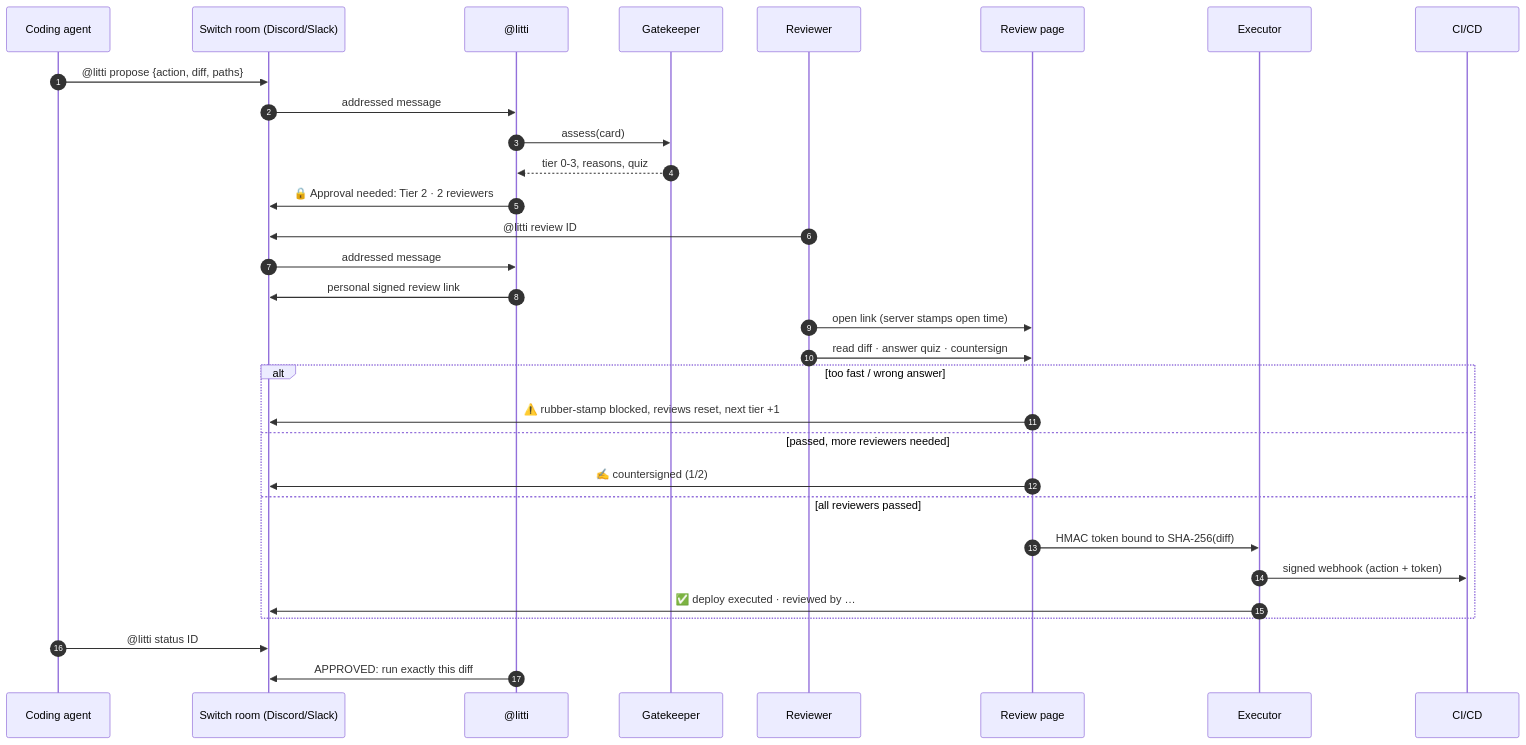
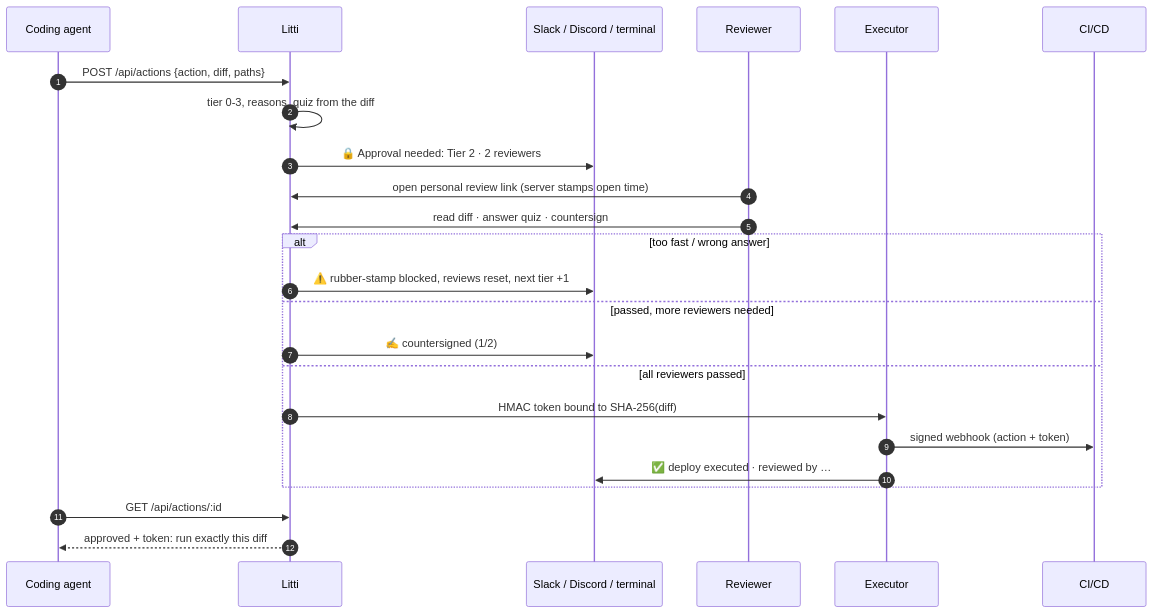
One commit to Abhishek764/litti changed the diagram in README.md. Above: the diagram before and after it, drawn with Mermaid. The commit also changed other lines of this file and 31 other files, not shown here.

Commit message:
litti: go standalone — remove Switch, add notifiers, CLI, review inbox and admin-gated review links

````diff
--- a/README.md
+++ b/README.md
@@ -50,34 +25,27 @@
 ```mermaid
 sequenceDiagram
     autonumber
     participant A as Coding agent
-    participant S as Switch room (Discord/Slack)
-    participant L as @litti
-    participant G as Gatekeeper
+    participant L as Litti
+    participant N as Slack / Discord / terminal
     participant R as Reviewer
-    participant P as Review page
     participant X as Executor
     participant C as CI/CD
 
-    A->>S: @litti propose {action, diff, paths}
-    S->>L: addressed message
-    L->>G: assess(card)
-    G-->>L: tier 0-3, reasons, quiz
-    L->>S: 🔒 Approval needed: Tier 2 · 2 reviewers
-    R->>S: @litti review ID
-    S->>L: addressed message
-    L->>S: personal signed review link
-    R->>P: open link (server stamps open time)
-    R->>P: read diff · answer quiz · countersign
+    A->>L: POST /api/actions {action, diff, paths}
+    L->>L: tier 0-3, reasons, quiz from the diff
+    L->>N: 🔒 Approval needed: Tier 2 · 2 reviewers
+    R->>L: open personal review link (server stamps open time)
+    R->>L: read diff · answer quiz · countersign
     alt too fast / wrong answer
-        P->>S: ⚠️ rubber-stamp blocked, reviews reset, next tier +1
+        L->>N: ⚠️ rubber-stamp blocked, reviews reset, next tier +1
     else passed, more reviewers needed
-        P->>S: ✍️ countersigned (1/2)
+        L->>N: ✍️ countersigned (1/2)
     else all reviewers passed
-        P->>X: HMAC token bound to SHA-256(diff)
+        L->>X: HMAC token bound to SHA-256(diff)
         X->>C: signed webhook (action + token)
-        X->>S: ✅ deploy executed · reviewed by …
+        X->>N: ✅ deploy executed · reviewed by …
     end
-    A->>S: @litti status ID
-    L->>S: APPROVED: run exactly this diff
+    A->>L: GET /api/actions/:id
+    L-->>A: approved + token: run exactly this diff
 ```
````
